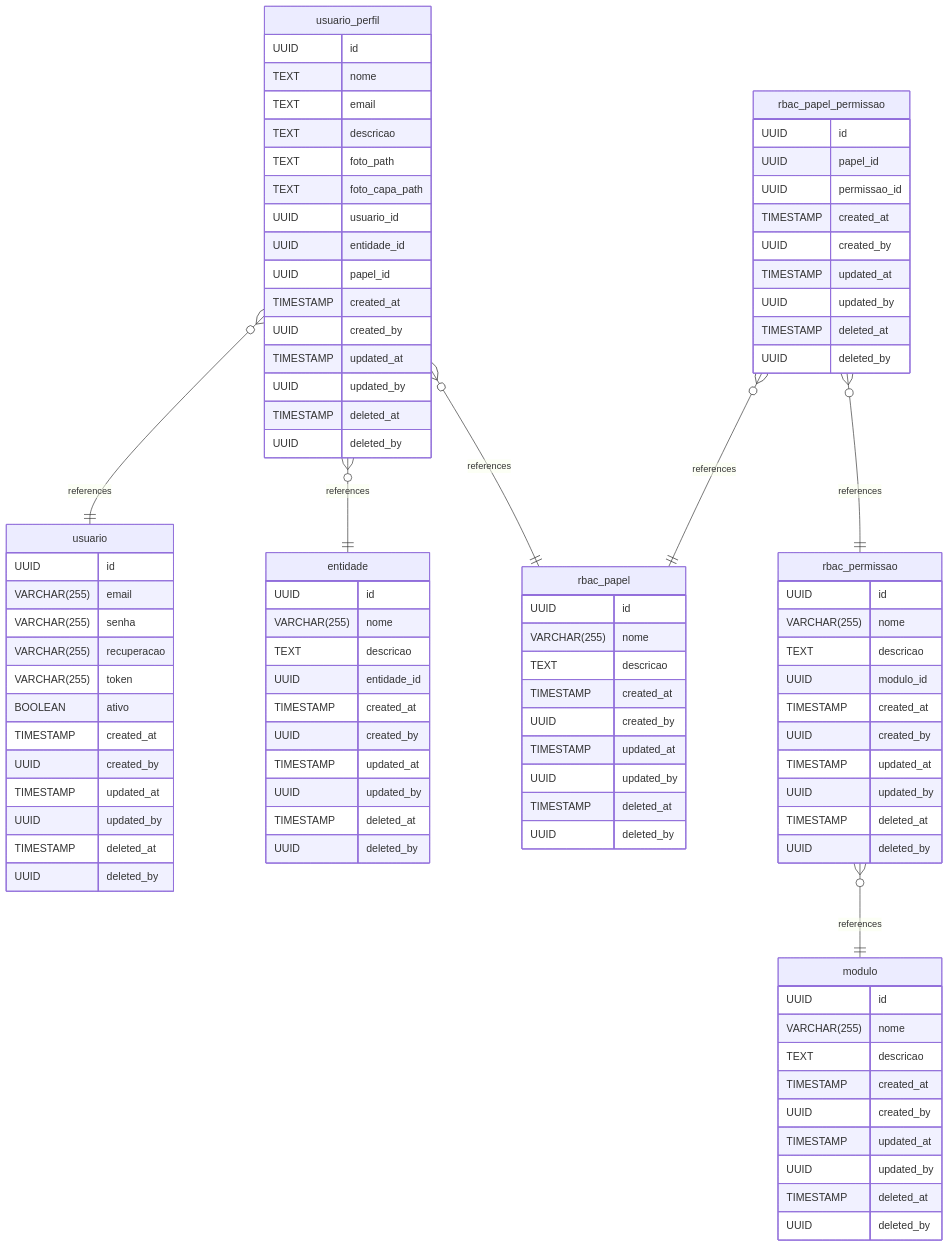
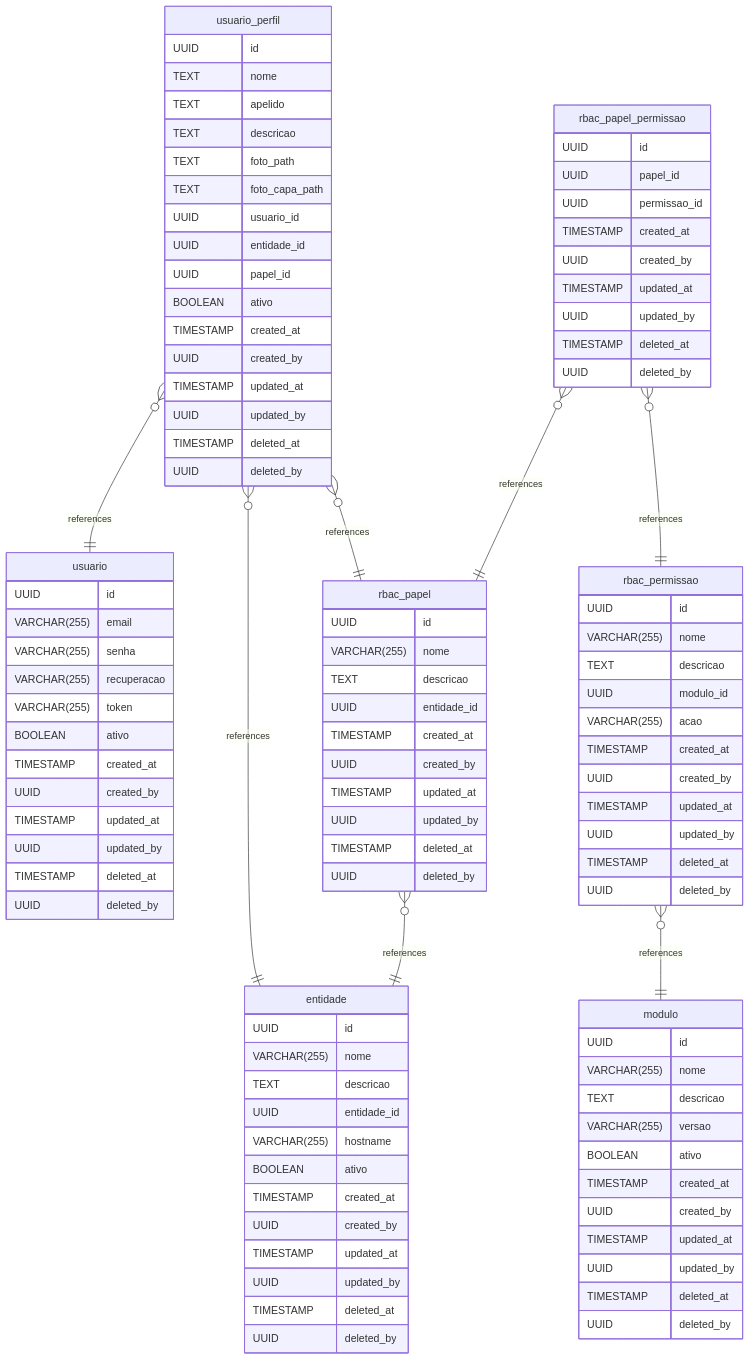
One commit to kayquemelo/mt-reint changed the diagram in README.md. Above: the diagram before and after it, drawn with Mermaid. The commit also changed other lines of this file, not shown here.

```diff
--- a/README.md
+++ b/README.md
@@ -158,12 +164,15 @@
 	rbac_papel_permissao }o--|| rbac_papel : references
 	rbac_papel_permissao }o--|| rbac_permissao : references
 	rbac_permissao }o--|| modulo : references
+	rbac_papel }o--|| entidade : references
 
 	entidade {
 		UUID id
 		VARCHAR(255) nome
 		TEXT descricao
 		UUID entidade_id
+		VARCHAR(255) hostname
+		BOOLEAN ativo
 		TIMESTAMP created_at
 		UUID created_by
 		TIMESTAMP updated_at
@@ -190,13 +199,14 @@
 	usuario_perfil {
 		UUID id
 		TEXT nome
-		TEXT email
+		TEXT apelido
 		TEXT descricao
 		TEXT foto_path
 		TEXT foto_capa_path
 		UUID usuario_id
 		UUID entidade_id
 		UUID papel_id
+		BOOLEAN ativo
 		TIMESTAMP created_at
 		UUID created_by
 		TIMESTAMP updated_at
@@ -209,6 +219,7 @@
 		UUID id
 		VARCHAR(255) nome
 		TEXT descricao
+		UUID entidade_id
 		TIMESTAMP created_at
 		UUID created_by
 		TIMESTAMP updated_at
@@ -234,6 +245,7 @@
 		VARCHAR(255) nome
 		TEXT descricao
 		UUID modulo_id
+		VARCHAR(255) acao
 		TIMESTAMP created_at
 		UUID created_by
 		TIMESTAMP updated_at
@@ -246,6 +258,8 @@
 		UUID id
 		VARCHAR(255) nome
 		TEXT descricao
+		VARCHAR(255) versao
+		BOOLEAN ativo
 		TIMESTAMP created_at
 		UUID created_by
 		TIMESTAMP updated_at
```
